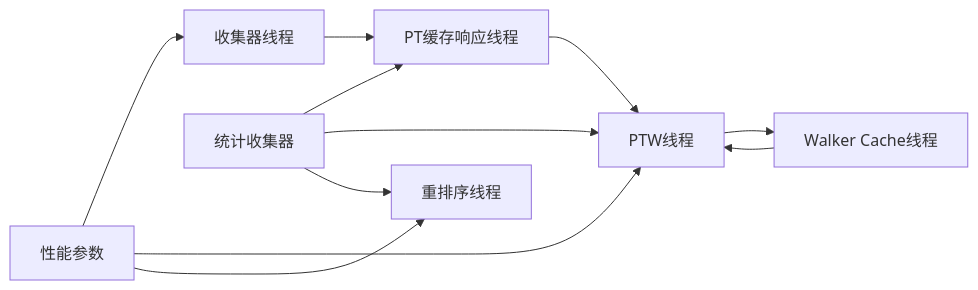
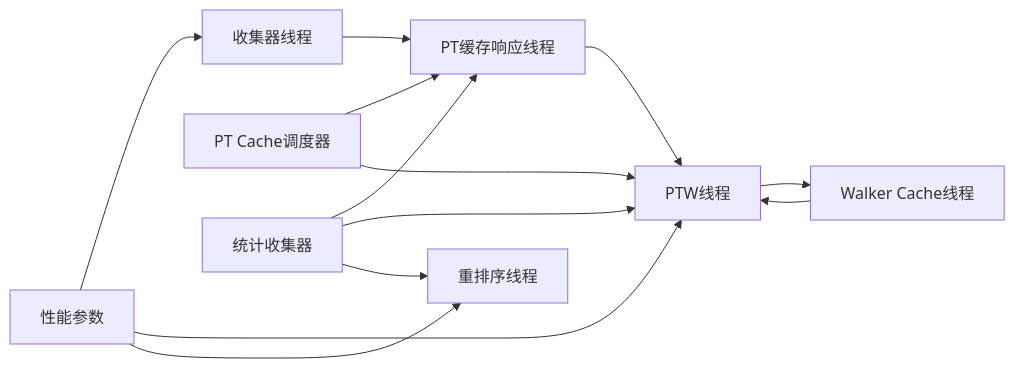
Diagram 12 of 12 in .qoder/repowiki/zh/content/测试与验证/性能测试.md (jiangjiang1122/iommu_model_20260401_v1), drawn with Mermaid before and after one commit. The commit also changed other lines of this file and 21 other files, not shown here.

````diff
--- a/.qoder/repowiki/zh/content/测试与验证/性能测试.md
+++ b/.qoder/repowiki/zh/content/测试与验证/性能测试.md
@@ -419,13 +608,15 @@
 ```mermaid
 graph LR
 Params["性能参数"] --> Collector["收集器线程"]
 Params --> PTW["PTW线程"]
 Params --> Reorder["重排序线程"]
 Collector --> PTResponse["PT缓存响应线程"]
 PTResponse --> PTW
 PTW --> WalkerCache["Walker Cache线程"]
 WalkerCache --> PTW
+Scheduler["PT Cache调度器"] --> PTResponse
+Scheduler --> PTW
 Stats["统计收集器"] --> PTResponse
 Stats --> PTW
 Stats --> Reorder
 ```
````
